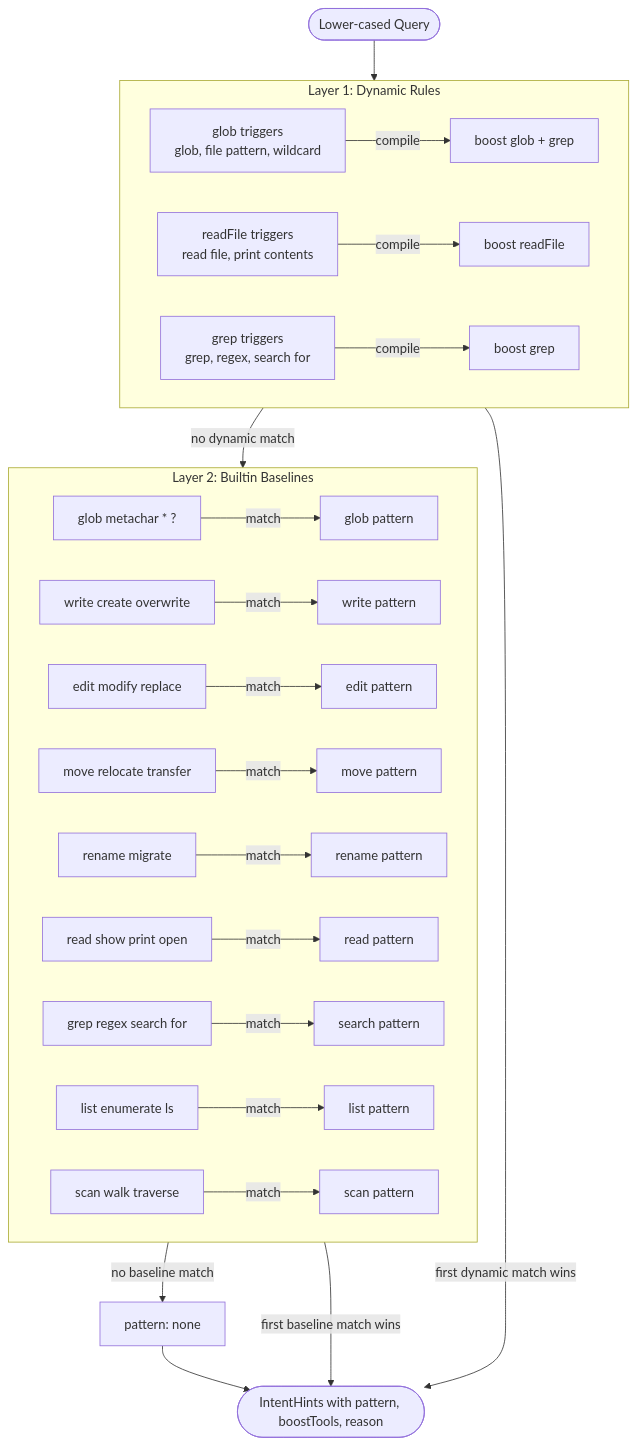
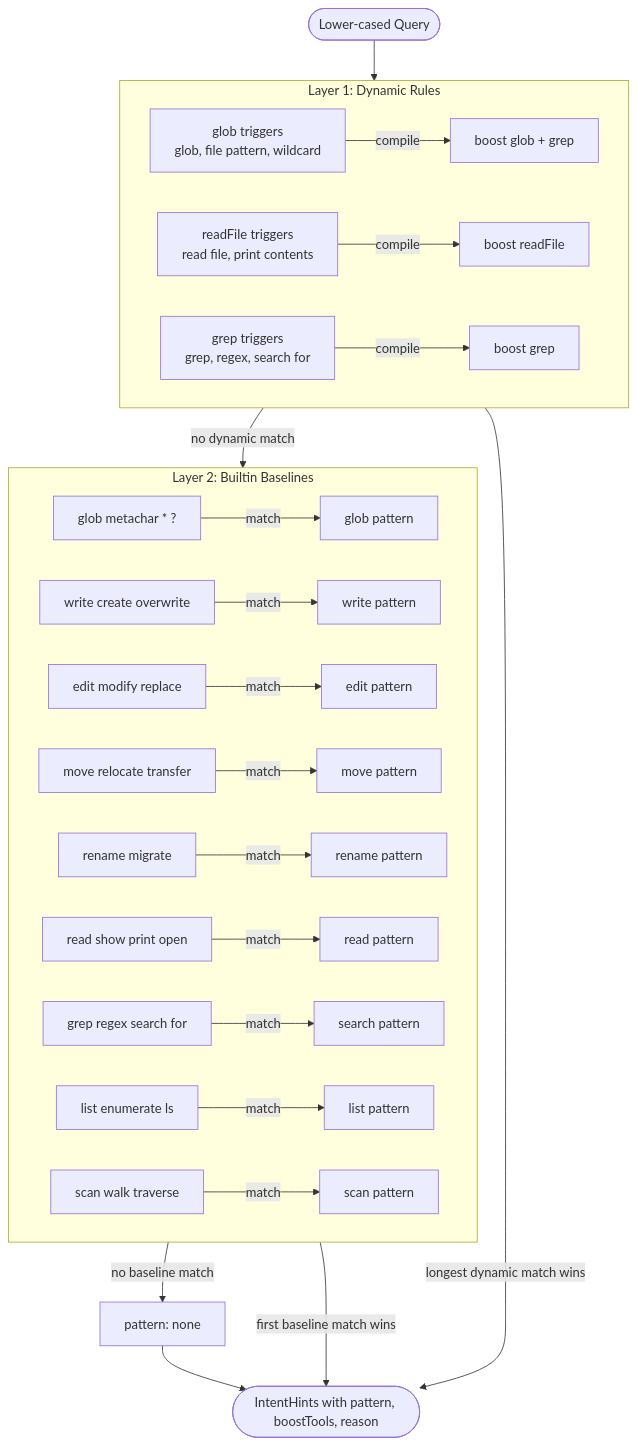
Before and after one commit to ahmadmdabit/semantic-tool-router: the third of 4 diagrams in README.md, drawn with Mermaid. The commit also changed other lines of this file and 14 other files, not shown here.

````diff
--- a/README.md
+++ b/README.md
@@ -303,29 +316,29 @@
 ```mermaid
 flowchart TB
     subgraph DynamicLayer["Layer 1: Dynamic Rules"]
         direction LR
         T1["glob triggers<br/>glob, file pattern, wildcard"] -->|"compile"| R1["boost glob + grep"]
         T2["readFile triggers<br/>read file, print contents"] -->|"compile"| R2["boost readFile"]
         T3["grep triggers<br/>grep, regex, search for"] -->|"compile"| R3["boost grep"]
     end
 
     subgraph BaselineLayer["Layer 2: Builtin Baselines"]
         direction LR
         B1["glob metachar * ?"] -->|"match"| P1[glob pattern]
         B2["write create overwrite"] -->|"match"| P2[write pattern]
         B3["edit modify replace"] -->|"match"| P3[edit pattern]
         B4["move relocate transfer"] -->|"match"| P4[move pattern]
         B5["rename migrate"] -->|"match"| P5[rename pattern]
         B6["read show print open"] -->|"match"| P6[read pattern]
         B7["grep regex search for"] -->|"match"| P7[search pattern]
         B8["list enumerate ls"] -->|"match"| P8[list pattern]
         B9["scan walk traverse"] -->|"match"| P9[scan pattern]
     end
 
     Query([Lower-cased Query]) --> DynamicLayer
     DynamicLayer -->|"no dynamic match"| BaselineLayer
     BaselineLayer -->|"no baseline match"| None["pattern: none"]
-    DynamicLayer -->|"first dynamic match wins"| Out([IntentHints with pattern, boostTools, reason])
+    DynamicLayer -->|"longest dynamic match wins"| Out([IntentHints with pattern, boostTools, reason])
     BaselineLayer -->|"first baseline match wins"| Out
     None --> Out
 ```
````
